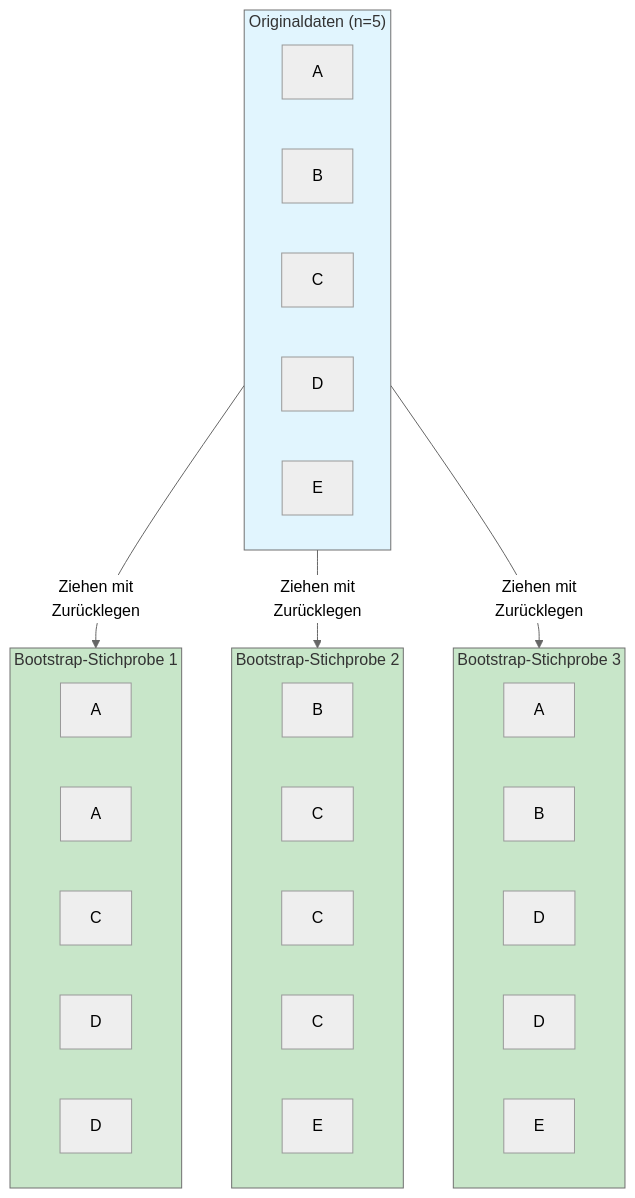
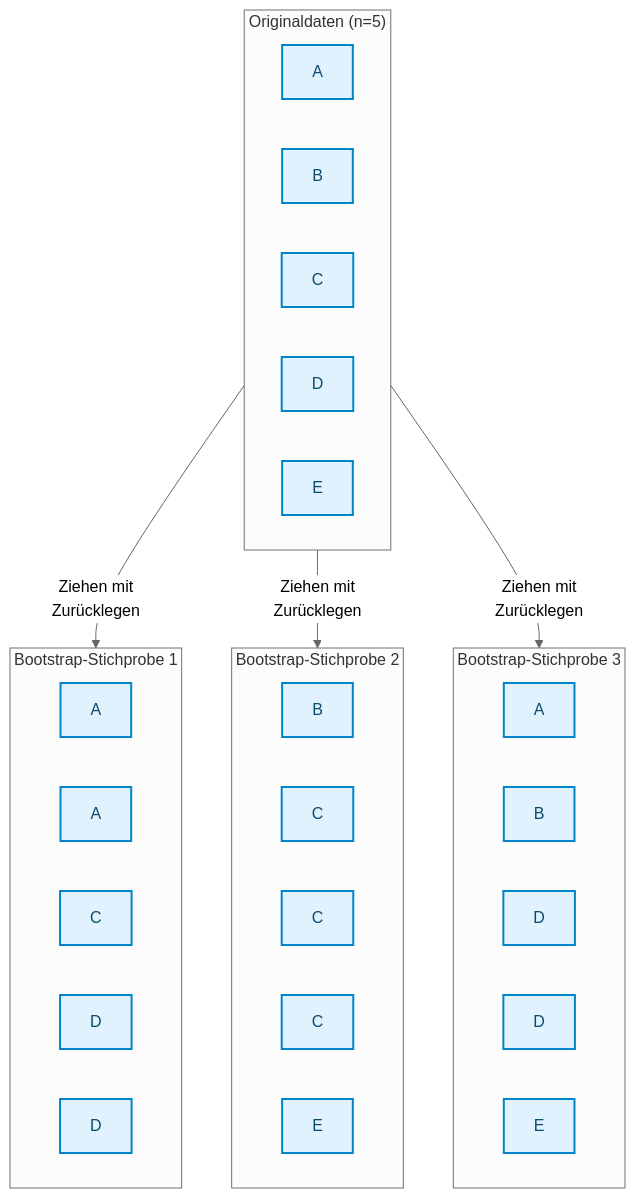
One commit to ralf-42/ML_Intro changed the second of 7 diagrams in docs/concepts/evaluate/bootstrapping.md. Above: the diagram before and after it, drawn with Mermaid (neutral theme). The commit also changed other lines of this file and 67 other files, not shown here.

````diff
--- a/docs/concepts/evaluate/bootstrapping.md
+++ b/docs/concepts/evaluate/bootstrapping.md
@@ -102,43 +103,40 @@
 ```mermaid
 flowchart TB
     subgraph original["Originaldaten (n=5)"]
         O1["A"] 
         O2["B"]
         O3["C"]
         O4["D"]
         O5["E"]
     end
     
     subgraph sample1["Bootstrap-Stichprobe 1"]
         S1_1["A"]
         S1_2["A"]
         S1_3["C"]
         S1_4["D"]
         S1_5["D"]
     end
     
     subgraph sample2["Bootstrap-Stichprobe 2"]
         S2_1["B"]
         S2_2["C"]
         S2_3["C"]
         S2_4["C"]
         S2_5["E"]
     end
     
     subgraph sample3["Bootstrap-Stichprobe 3"]
         S3_1["A"]
         S3_2["B"]
         S3_3["D"]
         S3_4["D"]
         S3_5["E"]
     end
     
     original --> |"Ziehen mit<br/>Zurücklegen"| sample1
     original --> |"Ziehen mit<br/>Zurücklegen"| sample2
     original --> |"Ziehen mit<br/>Zurücklegen"| sample3
-    
-    style original fill:#e1f5fe
-    style sample1 fill:#c8e6c9
-    style sample2 fill:#c8e6c9
-    style sample3 fill:#c8e6c9
+
+    classDef default fill:#e0f2fe,stroke:#0284c7,stroke-width:2px,color:#0c4a6e;
 ```
````
